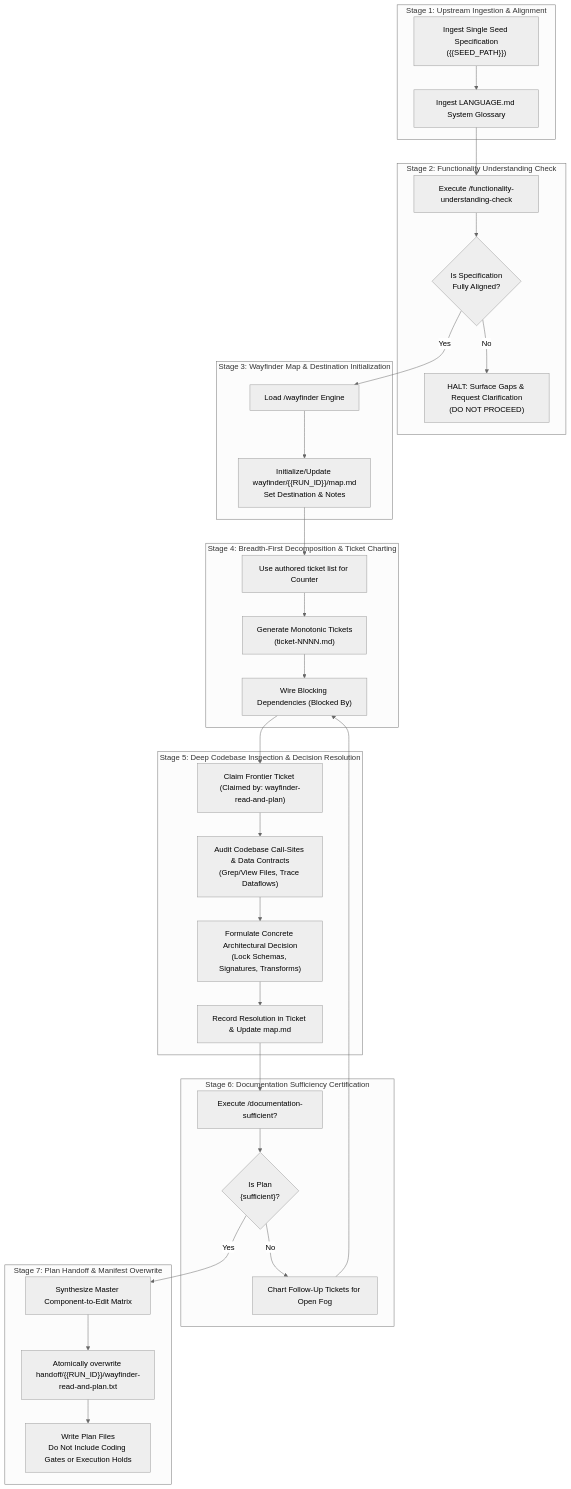
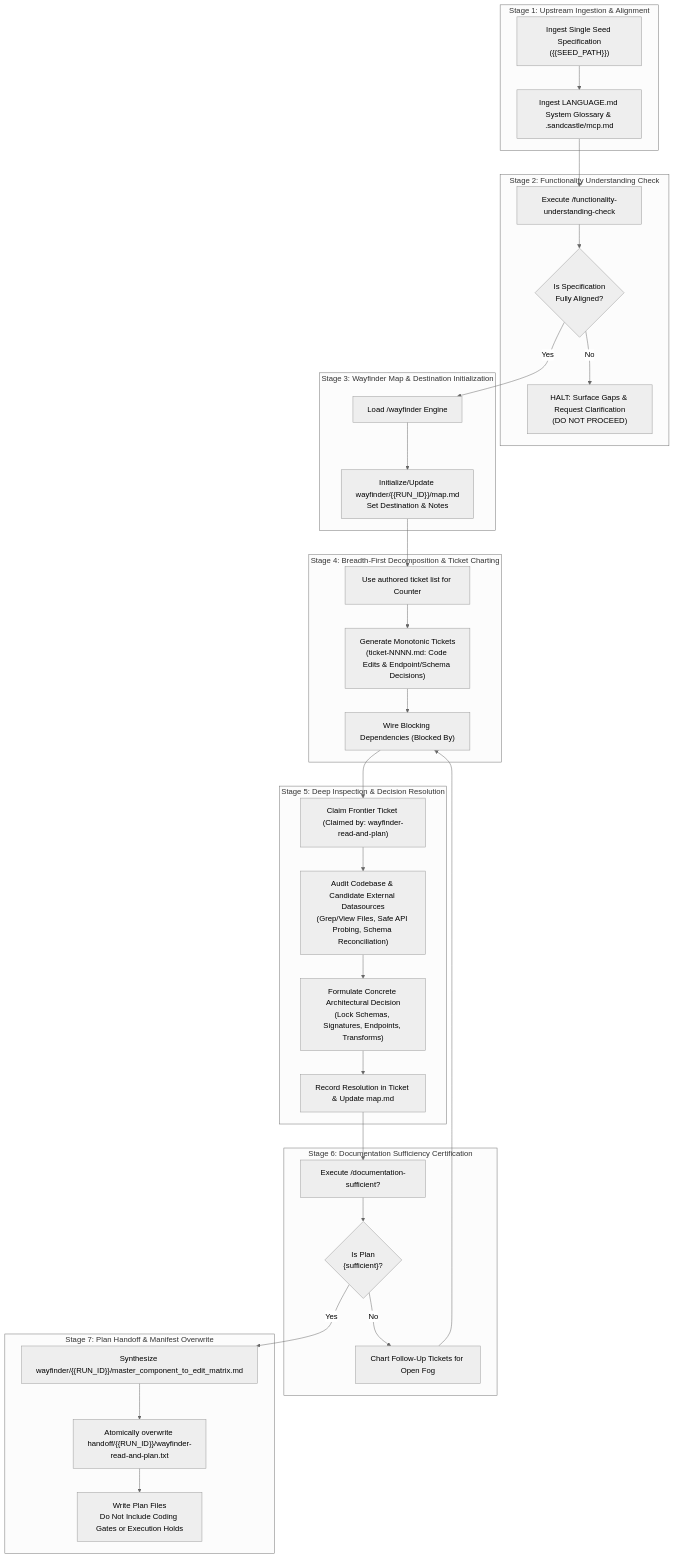
Before and after one commit to LuisP1028/Bartending: the diagram in .sandcastle/plan.md, drawn with Mermaid (neutral theme). The commit also changed other lines of this file and 14 other files, not shown here.

````diff
--- a/.sandcastle/plan.md
+++ b/.sandcastle/plan.md
@@ -116,46 +146,46 @@
 ```mermaid
 flowchart TD
     subgraph STAGE_1["Stage 1: Upstream Ingestion & Alignment"]
         INGEST_SEED["Ingest Single Seed Specification\n({{SEED_PATH}})"]
-        GLOSSARY["Ingest LANGUAGE.md System Glossary"]
+        GLOSSARY["Ingest LANGUAGE.md System Glossary & .sandcastle/mcp.md"]
         INGEST_SEED --> GLOSSARY
     end
     subgraph STAGE_2["Stage 2: Functionality Understanding Check"]
         UNDERSTAND["Execute /functionality-understanding-check"]
         GATE_ALIGN{"Is Specification\nFully Aligned?"}
         HALT_ALIGN["HALT: Surface Gaps & Request Clarification\n(DO NOT PROCEED)"]
         GLOSSARY --> UNDERSTAND --> GATE_ALIGN
         GATE_ALIGN -->|No| HALT_ALIGN
     end
     subgraph STAGE_3["Stage 3: Wayfinder Map & Destination Initialization"]
         LOAD_WF["Load /wayfinder Engine"]
         INIT_MAP["Initialize/Update wayfinder/{{RUN_ID}}/map.md\nSet Destination & Notes"]
         GATE_ALIGN -->|Yes| LOAD_WF --> INIT_MAP
     end
     subgraph STAGE_4["Stage 4: Breadth-First Decomposition & Ticket Charting"]
         SCAN_TICKETS["Use authored ticket list for Counter"]
-        CHART_TICKETS["Generate Monotonic Tickets\n(ticket-NNNN.md)"]
+        CHART_TICKETS["Generate Monotonic Tickets\n(ticket-NNNN.md: Code Edits & Endpoint/Schema Decisions)"]
         WIRE_DAG["Wire Blocking Dependencies (Blocked By)"]
         INIT_MAP --> SCAN_TICKETS --> CHART_TICKETS --> WIRE_DAG
     end
-    subgraph STAGE_5["Stage 5: Deep Codebase Inspection & Decision Resolution"]
+    subgraph STAGE_5["Stage 5: Deep Inspection & Decision Resolution"]
         CLAIM["Claim Frontier Ticket (Claimed by: wayfinder-read-and-plan)"]
-        INSPECT["Audit Codebase Call-Sites & Data Contracts\n(Grep/View Files, Trace Dataflows)"]
-        RESOLVE["Formulate Concrete Architectural Decision\n(Lock Schemas, Signatures, Transforms)"]
+        INSPECT["Audit Codebase & Candidate External Datasources\n(Grep/View Files, Safe API Probing, Schema Reconciliation)"]
+        RESOLVE["Formulate Concrete Architectural Decision\n(Lock Schemas, Signatures, Endpoints, Transforms)"]
         RECORD["Record Resolution in Ticket & Update map.md"]
         WIRE_DAG --> CLAIM --> INSPECT --> RESOLVE --> RECORD
     end
     subgraph STAGE_6["Stage 6: Documentation Sufficiency Certification"]
         CHECK_SUFF["Execute /documentation-sufficient?"]
         GATE_SUFF{"Is Plan\n{sufficient}?"}
         NEW_TICKETS["Chart Follow-Up Tickets for Open Fog"]
         RECORD --> CHECK_SUFF --> GATE_SUFF
         GATE_SUFF -->|No| NEW_TICKETS --> WIRE_DAG
     end
     subgraph STAGE_7["Stage 7: Plan Handoff & Manifest Overwrite"]
-        MATRIX["Synthesize Master Component-to-Edit Matrix"]
+        MATRIX["Synthesize wayfinder/{{RUN_ID}}/master_component_to_edit_matrix.md"]
         HANDOFF["Atomically overwrite handoff/{{RUN_ID}}/wayfinder-read-and-plan.txt"]
         FINALIZE_PLAN["Write Plan Files\nDo Not Include Coding Gates or Execution Holds"]
         GATE_SUFF -->|Yes| MATRIX --> HANDOFF --> FINALIZE_PLAN
     end
 ```
````
